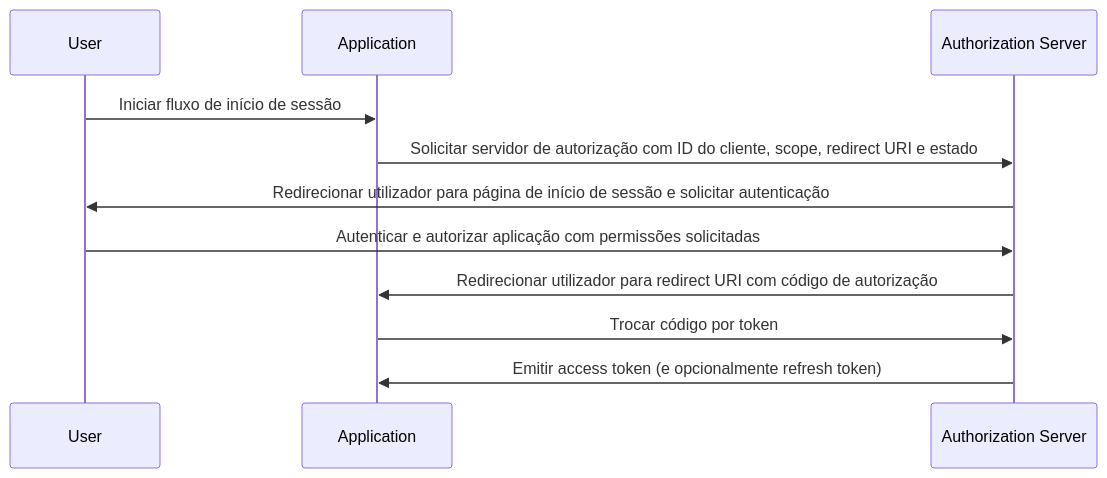
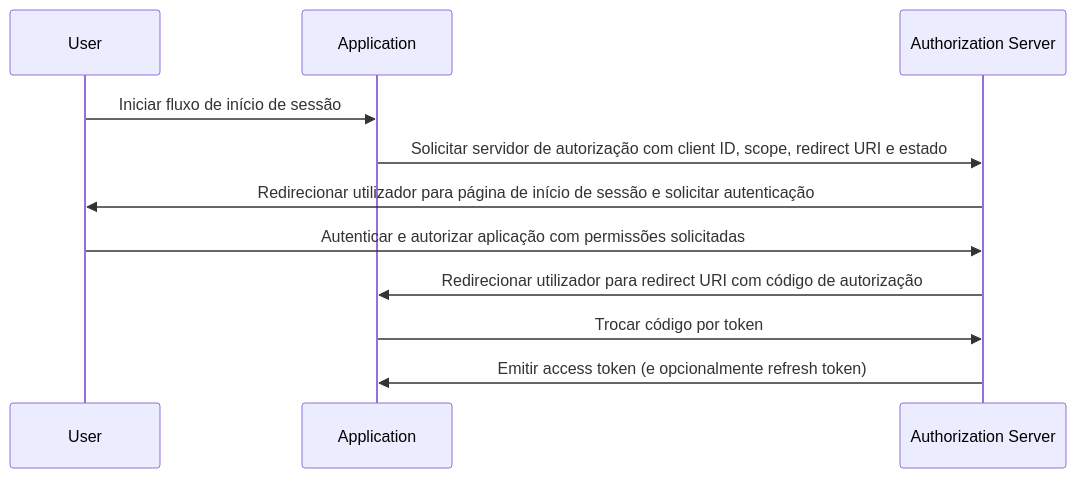
The diagram in src/content/terms/pt-pt/authorization-code-flow.mdx (logto-io/auth-wiki), drawn with Mermaid before and after one commit. The commit also changed other lines of this file and 95 other files, not shown here.

````diff
--- a/src/content/terms/pt-pt/authorization-code-flow.mdx
+++ b/src/content/terms/pt-pt/authorization-code-flow.mdx
@@ -25,14 +27,14 @@
 ```mermaid
 sequenceDiagram
     participant User
     participant Application
     participant Authorization Server
 
     User->>Application: Iniciar fluxo de início de sessão
-    Application->>Authorization Server: Solicitar servidor de autorização com ID do cliente, scope, redirect URI e estado
+    Application->>Authorization Server: Solicitar servidor de autorização com client ID, scope, redirect URI e estado
     Authorization Server->>User: Redirecionar utilizador para página de início de sessão e solicitar autenticação
     User->>Authorization Server: Autenticar e autorizar aplicação com permissões solicitadas
     Authorization Server->>Application: Redirecionar utilizador para redirect URI com código de autorização
     Application->>Authorization Server: Trocar código por token
     Authorization Server->>Application: Emitir access token (e opcionalmente refresh token)
 ```
````
